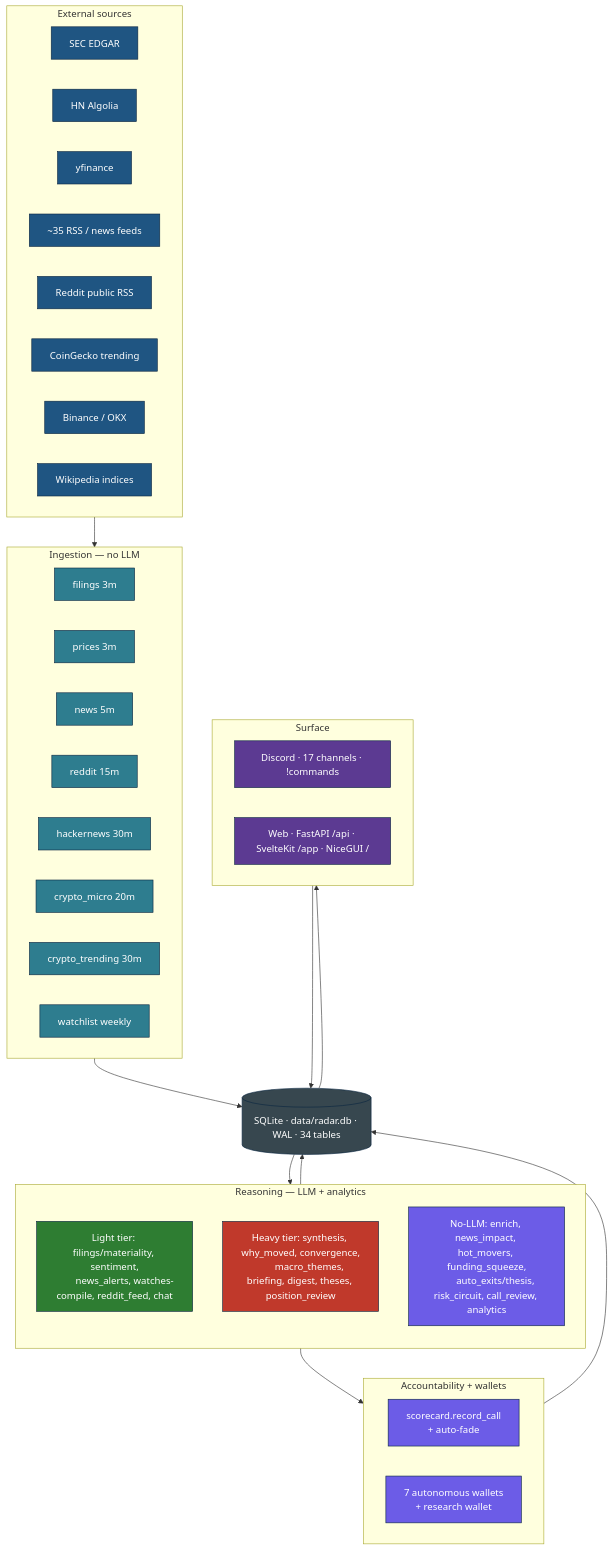
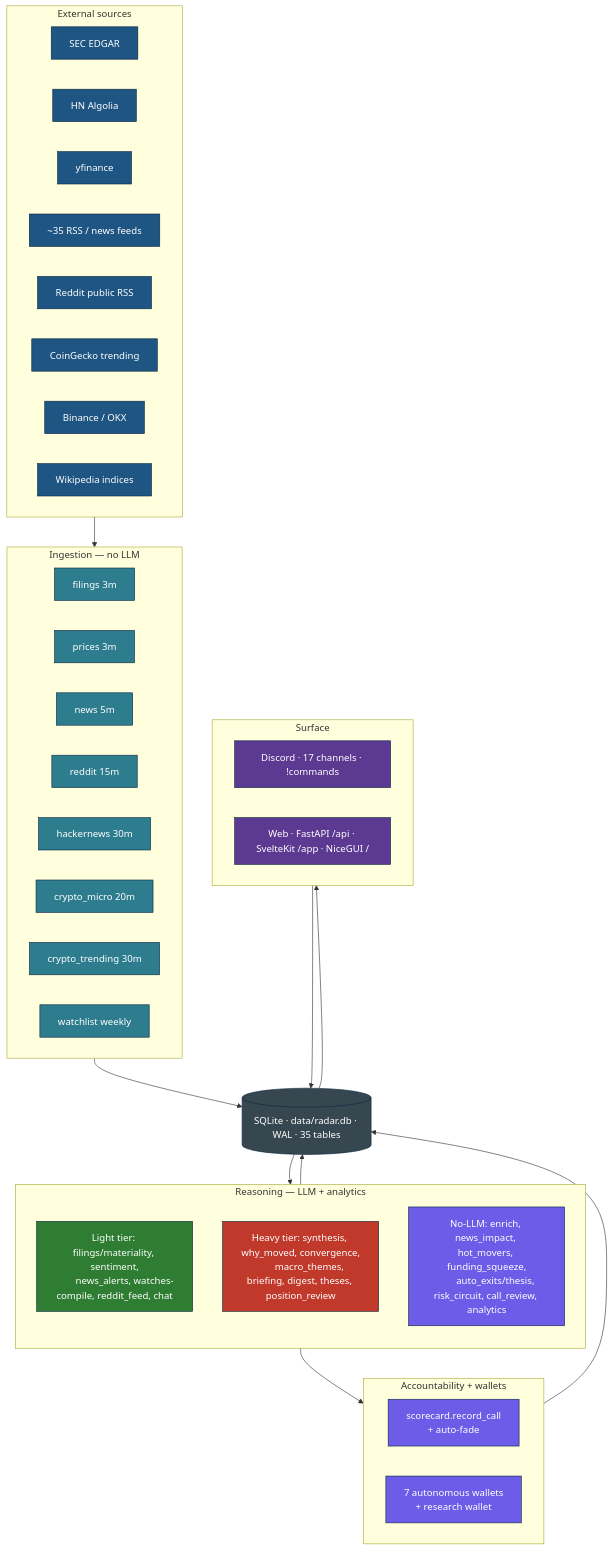
Before and after one commit to algoatson/sentinel: the first of 2 diagrams in docs/ARCHITECTURE.md, drawn with Mermaid. The commit also changed other lines of this file and 177 other files, not shown here.

````diff
--- a/docs/ARCHITECTURE.md
+++ b/docs/ARCHITECTURE.md
@@ -53,67 +53,67 @@
 ```mermaid
 flowchart TB
     classDef src fill:#1f5582,stroke:#0a2540,color:#fff
     classDef ing fill:#2e7d8f,stroke:#0a2540,color:#fff
     classDef db fill:#37474f,stroke:#0a2540,color:#fff
     classDef light fill:#2e7d32,stroke:#0a2540,color:#fff
     classDef heavy fill:#c0392b,stroke:#0a2540,color:#fff
     classDef none fill:#6c5ce7,stroke:#0a2540,color:#fff
     classDef surf fill:#5c3a92,stroke:#0a2540,color:#fff
 
     subgraph SRC["External sources"]
       direction LR
       SEC[SEC EDGAR]:::src
       HN[HN Algolia]:::src
       YF[yfinance]:::src
       RSS[~35 RSS / news feeds]:::src
       RDT[Reddit public RSS]:::src
       CG[CoinGecko trending]:::src
       CEX[Binance / OKX]:::src
       WIKI[Wikipedia indices]:::src
     end
 
     subgraph ING["Ingestion — no LLM"]
       direction LR
       I1[filings 3m]:::ing
       I2[prices 3m]:::ing
       I3[news 5m]:::ing
       I4[reddit 15m]:::ing
       I5[hackernews 30m]:::ing
       I6[crypto_micro 20m]:::ing
       I7[crypto_trending 30m]:::ing
       I8[watchlist weekly]:::ing
     end
 
-    DB[("SQLite · data/radar.db · WAL · 34 tables")]:::db
+    DB[("SQLite · data/radar.db · WAL · 35 tables")]:::db
 
     subgraph INTEL["Reasoning — LLM + analytics"]
       direction TB
       L[Light tier: filings/materiality, sentiment,
         news_alerts, watches-compile, reddit_feed, chat]:::light
       H[Heavy tier: synthesis, why_moved, convergence,
         macro_themes, briefing, digest, theses, position_review]:::heavy
       N[No-LLM: enrich, news_impact, hot_movers, funding_squeeze,
         auto_exits/thesis, risk_circuit, call_review, analytics]:::none
     end
 
     subgraph SPINE["Accountability + wallets"]
       direction LR
       SC[scorecard.record_call
         + auto-fade]:::none
       FN[7 autonomous wallets
         + research wallet]:::none
     end
 
     subgraph SURF["Surface"]
       direction LR
       DSC[Discord · 17 channels · !commands]:::surf
       WEB[Web · FastAPI /api · SvelteKit /app · NiceGUI /]:::surf
     end
 
     SRC --> ING --> DB
     DB --> INTEL --> DB
     INTEL --> SPINE
     SPINE --> DB
     DB --> SURF
     SURF --> DB
 ```
````
